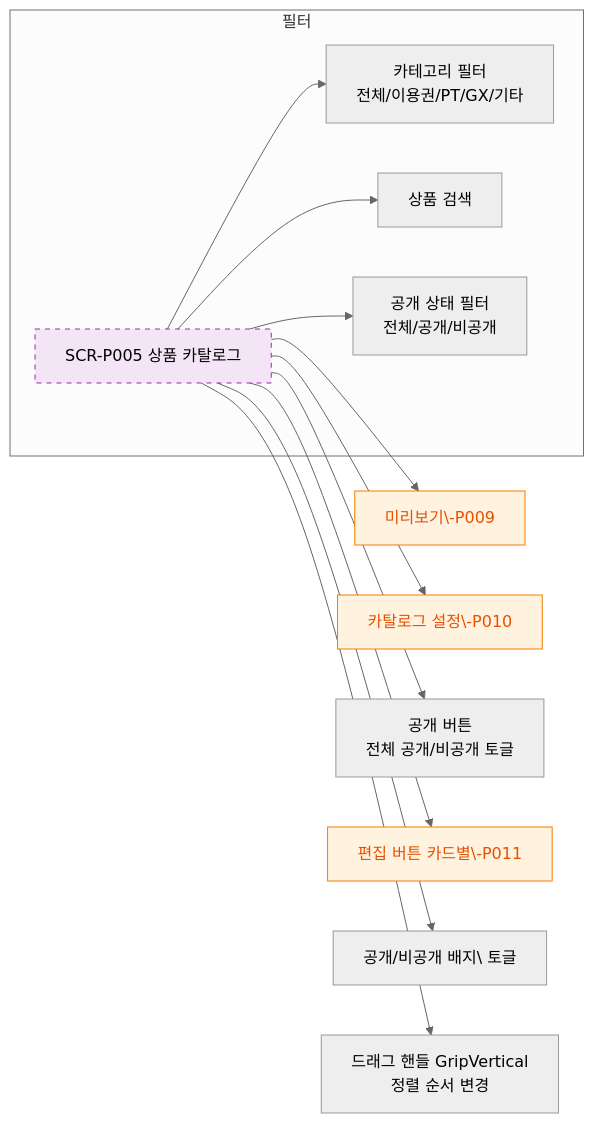
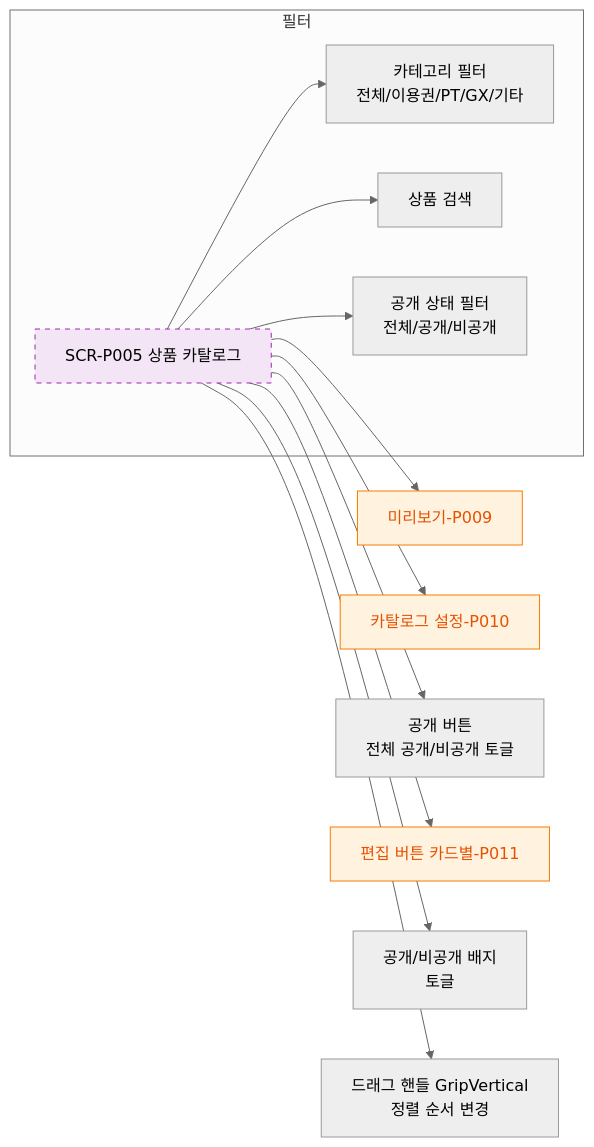
Before and after one commit to dev-spogym/admin-pando: the diagram in docs/admin/다이어그램/D05_상품관리/SCR-P005_상품카탈로그/F3_버튼액션.md, drawn with Mermaid (neutral theme). The commit also changed 369 other files, not shown here.

````diff
--- a/docs/admin/다이어그램/D05_상품관리/SCR-P005_상품카탈로그/F3_버튼액션.md
+++ b/docs/admin/다이어그램/D05_상품관리/SCR-P005_상품카탈로그/F3_버튼액션.md
@@ -14,22 +14,22 @@
 ```mermaid
 flowchart LR
     SCR_P005[SCR-P005 상품 카탈로그]
 
-    SCR_P005 --> BTN_PREVIEW[미리보기\-P009]
-    SCR_P005 --> BTN_SETTINGS[카탈로그 설정\-P010]
+    SCR_P005 --> BTN_PREVIEW[미리보기-P009]
+    SCR_P005 --> BTN_SETTINGS[카탈로그 설정-P010]
     SCR_P005 --> BTN_PUBLISH[공개 버튼\n전체 공개/비공개 토글]
-    SCR_P005 --> BTN_EDIT[편집 버튼 카드별\-P011]
-    SCR_P005 --> BTN_VIS[공개/비공개 배지\ 토글]
+    SCR_P005 --> BTN_EDIT[편집 버튼 카드별-P011]
+    SCR_P005 --> BTN_VIS[공개/비공개 배지<br/> 토글]
     SCR_P005 --> BTN_DRAG[드래그 핸들 GripVertical\n정렬 순서 변경]
 
     subgraph 필터
         SCR_P005 --> CAT_FILTER[카테고리 필터\n전체/이용권/PT/GX/기타]
         SCR_P005 --> SEARCH[상품 검색]
         SCR_P005 --> VIS_FILTER[공개 상태 필터\n전체/공개/비공개]
     end
 
     classDef screen fill:#F3E5F5,stroke:#9C27B0,stroke-dasharray:5 5
     classDef modal fill:#FFF3E0,stroke:#F57C00,color:#E65100
     class SCR_P005 screen
     class BTN_PREVIEW,BTN_SETTINGS,BTN_EDIT modal
 ```
````
